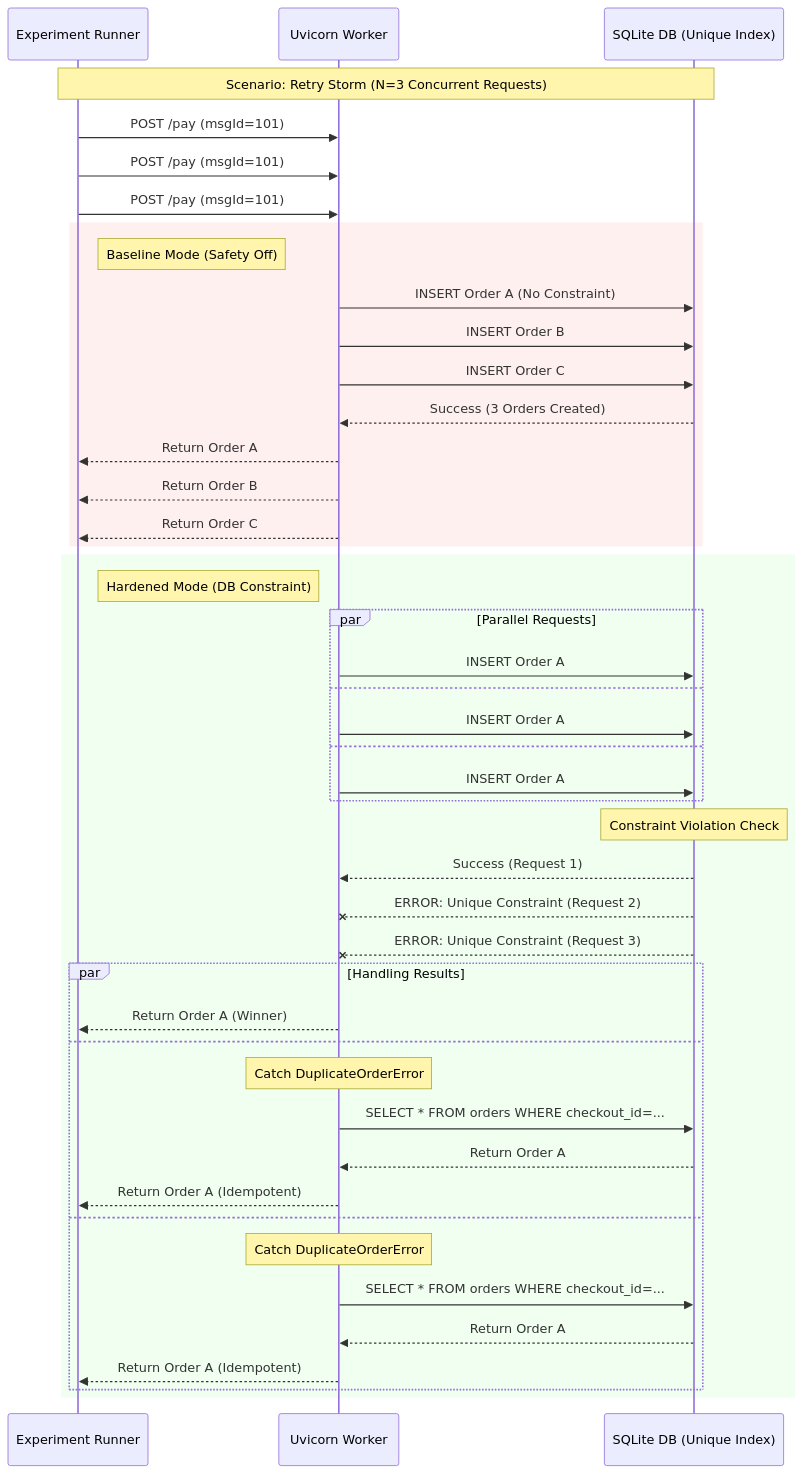
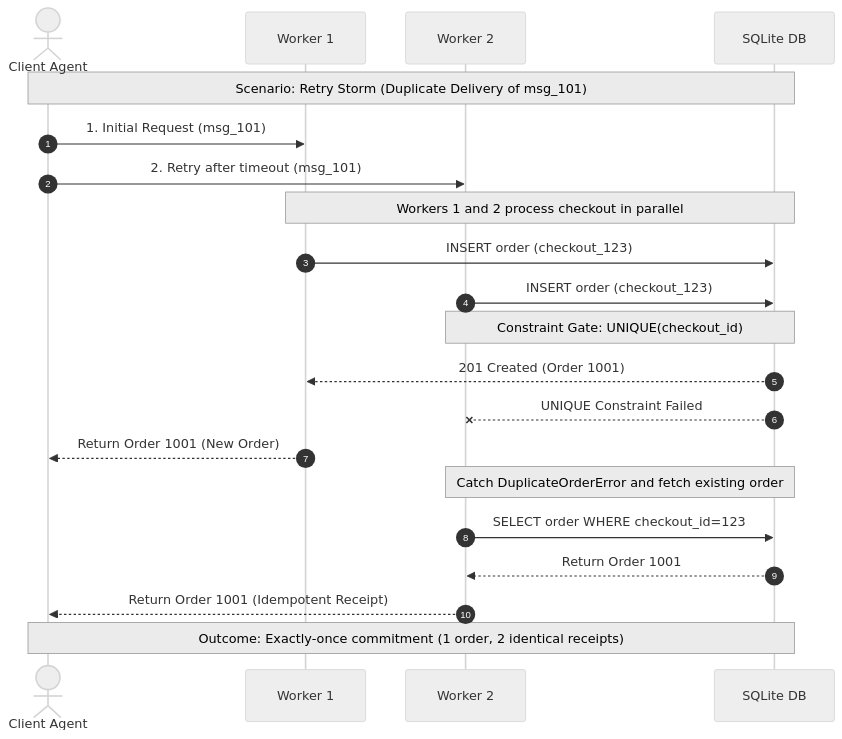
Before and after one commit to the-write-path-code/ch11-13-ucp-a2a-payment-integrity: the second of 13 diagrams in docs/architecture/system_design.md, drawn with Mermaid. The commit also changed other lines of this file, not shown here.

Commit message:
Update sequence diagrams for payment scenarios

````diff
--- a/docs/architecture/system_design.md
+++ b/docs/architecture/system_design.md
@@ -67,55 +67,33 @@
 ```mermaid
+%%{init: {"theme": "neutral", "themeVariables": {"fontFamily": "Arial, Helvetica, sans-serif", "fontSize": "11px", "actorFontSize": "11px", "noteFontSize": "10px", "messageFontSize": "10px", "noteBkgColor": "#EBEBEB", "noteTextColor": "#000000", "noteBorderColor": "#999999"}}}%%
 sequenceDiagram
-    participant Runner as Experiment Runner
-    participant Worker as Uvicorn Worker
-    participant DB as SQLite DB (Unique Index)
+    autonumber
+    actor Client as Client Agent
+    participant W1 as Worker 1
+    participant W2 as Worker 2
+    participant DB as SQLite DB
 
-    note over Runner, DB: Scenario: Retry Storm (N=3 Concurrent Requests)
+    note over Client, DB: Scenario: Retry Storm (Duplicate Delivery of msg_101)
 
-    Runner->>Worker: POST /pay (msgId=101)
-    Runner->>Worker: POST /pay (msgId=101)
-    Runner->>Worker: POST /pay (msgId=101)
+    Client->>W1: 1. Initial Request (msg_101)
+    Client->>W2: 2. Retry after timeout (msg_101)
 
-    rect rgb(255, 240, 240)
-        note right of Runner: Baseline Mode (Safety Off)
-        Worker->>DB: INSERT Order A (No Constraint)
-        Worker->>DB: INSERT Order B
-        Worker->>DB: INSERT Order C
-        DB-->>Worker: Success (3 Orders Created)
-        Worker-->>Runner: Return Order A
-        Worker-->>Runner: Return Order B
-        Worker-->>Runner: Return Order C
-    end
+    note over W1, DB: Workers 1 and 2 process checkout in parallel
 
-    rect rgb(240, 255, 240)
-        note right of Runner: Hardened Mode (DB Constraint)
-        
-        par Parallel Requests
-            Worker->>DB: INSERT Order A
-        and
-            Worker->>DB: INSERT Order A
-        and
-            Worker->>DB: INSERT Order A
-        end
+    W1->>DB: INSERT order (checkout_123)
+    W2->>DB: INSERT order (checkout_123)
 
-        Note over DB: Constraint Violation Check
-        
-        DB-->>Worker: Success (Request 1)
-        DB--xWorker: ERROR: Unique Constraint (Request 2)
-        DB--xWorker: ERROR: Unique Constraint (Request 3)
+    note over W2, DB: Constraint Gate: UNIQUE(checkout_id)
 
-        par Handling Results
-            Worker-->>Runner: Return Order A (Winner)
-        and
-            Note over Worker: Catch DuplicateOrderError
-            Worker->>DB: SELECT * FROM orders WHERE checkout_id=...
-            DB-->>Worker: Return Order A
-            Worker-->>Runner: Return Order A (Idempotent)
-        and
-            Note over Worker: Catch DuplicateOrderError
-            Worker->>DB: SELECT * FROM orders WHERE checkout_id=...
-            DB-->>Worker: Return Order A
-            Worker-->>Runner: Return Order A (Idempotent)
-        end
-    end
+    DB-->>W1: 201 Created (Order 1001)
+    DB--xW2: UNIQUE Constraint Failed
+
+    W1-->>Client: Return Order 1001 (New Order)
+
+    note over W2, DB: Catch DuplicateOrderError and fetch existing order
+    W2->>DB: SELECT order WHERE checkout_id=123
+    DB-->>W2: Return Order 1001
+    W2-->>Client: Return Order 1001 (Idempotent Receipt)
+
+    note over Client, DB: Outcome: Exactly-once commitment (1 order, 2 identical receipts)
 ```
````
